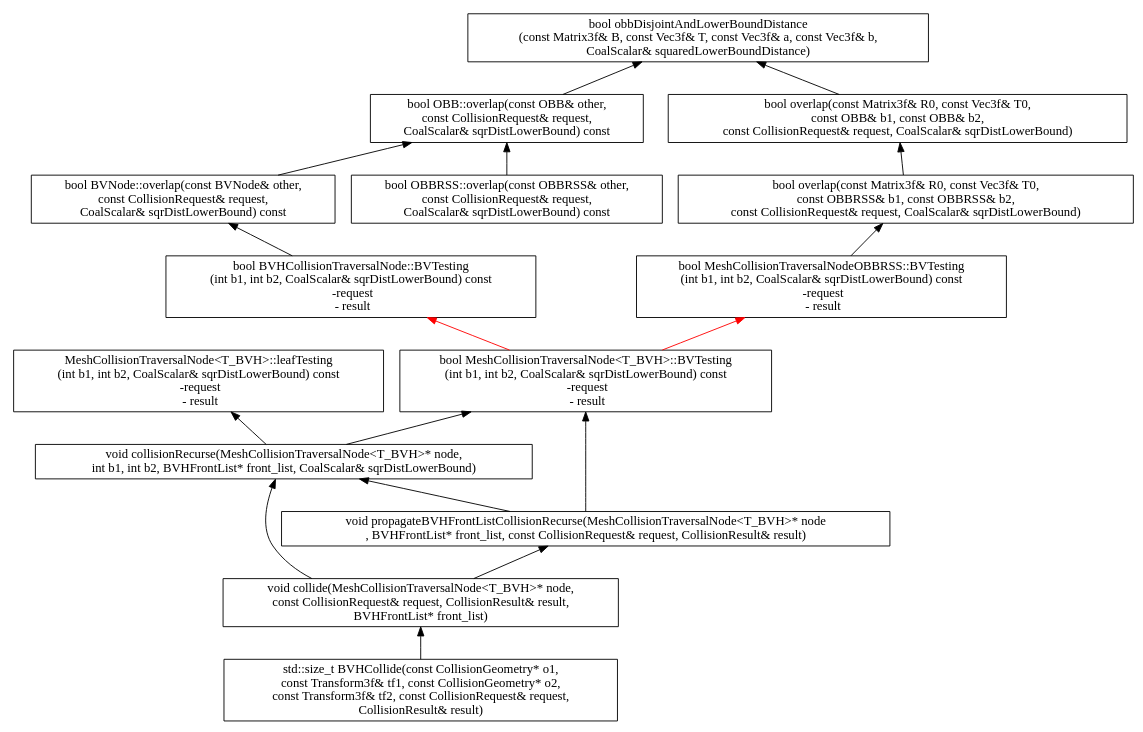
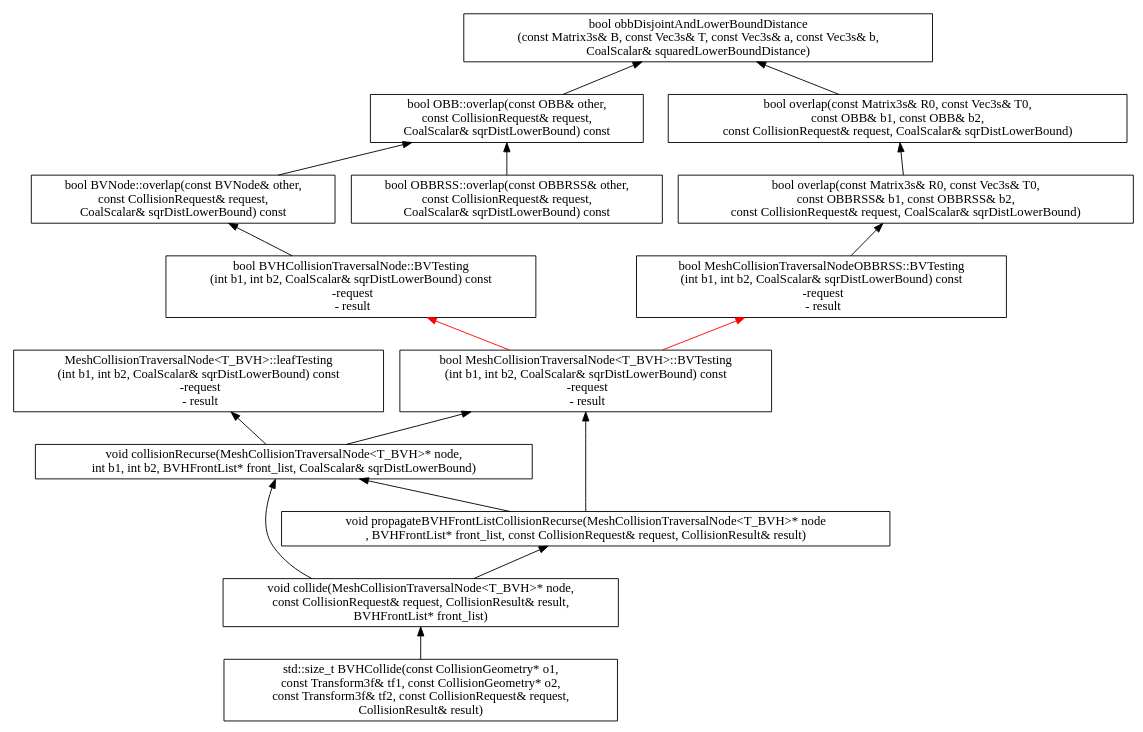
Before and after one commit to humanoid-path-planner/hpp-fcl: the diagram in doc/mesh-mesh-collision-call.dot, drawn with Graphviz. The commit also changed 155 other files, not shown here.

First line of the commit message:
all: rename `Matrix/Vec[..]f` typedefs to `Matrix/Vec[...]s`

```diff
--- a/doc/mesh-mesh-collision-call.dot
+++ b/doc/mesh-mesh-collision-call.dot
@@ -1,38 +1,38 @@
 digraph CD  {
 
 	rankdir = BT
 	compound=true
         size = 11.7
 
         "std::size_t BVHCollide(const CollisionGeometry* o1,\nconst Transform3f& tf1, const CollisionGeometry* o2,\nconst Transform3f& tf2, const CollisionRequest& request,\nCollisionResult& result)" [shape = box]
         "bool OBB::overlap(const OBB& other,\nconst CollisionRequest& request,\nCoalScalar& sqrDistLowerBound) const" [shape = box]
         "bool OBBRSS::overlap(const OBBRSS& other,\nconst CollisionRequest& request,\nCoalScalar& sqrDistLowerBound) const" [shape = box]
-        "bool overlap(const Matrix3f& R0, const Vec3f& T0,\n const OBB& b1, const OBB& b2,\n const CollisionRequest& request, CoalScalar& sqrDistLowerBound)" [shape = box]
-        "bool overlap(const Matrix3f& R0, const Vec3f& T0,\n const OBBRSS& b1, const OBBRSS& b2,\nconst CollisionRequest& request, CoalScalar& sqrDistLowerBound)" [shape = box]
+        "bool overlap(const Matrix3s& R0, const Vec3s& T0,\n const OBB& b1, const OBB& b2,\n const CollisionRequest& request, CoalScalar& sqrDistLowerBound)" [shape = box]
+        "bool overlap(const Matrix3s& R0, const Vec3s& T0,\n const OBBRSS& b1, const OBBRSS& b2,\nconst CollisionRequest& request, CoalScalar& sqrDistLowerBound)" [shape = box]
         "bool BVNode::overlap(const BVNode& other,\nconst CollisionRequest& request,\nCoalScalar& sqrDistLowerBound) const" [shape = box]
         "bool BVHCollisionTraversalNode::BVTesting\n(int b1, int b2, CoalScalar& sqrDistLowerBound) const\n  -request\n  - result" [shape = box]
         "bool MeshCollisionTraversalNode<T_BVH>::BVTesting\n(int b1, int b2, CoalScalar& sqrDistLowerBound) const\n  -request\n  - result" [shape = box]
         "void collide(MeshCollisionTraversalNode<T_BVH>* node,\n const CollisionRequest& request, CollisionResult& result,\nBVHFrontList* front_list)" [shape = box]
         "void collisionRecurse(MeshCollisionTraversalNode<T_BVH>* node,\n int b1, int b2, BVHFrontList* front_list, CoalScalar& sqrDistLowerBound)" [shape = box]
         "void propagateBVHFrontListCollisionRecurse(MeshCollisionTraversalNode<T_BVH>* node\n, BVHFrontList* front_list, const CollisionRequest& request, CollisionResult& result)" [shape = box]
         "bool MeshCollisionTraversalNodeOBBRSS::BVTesting\n(int b1, int b2, CoalScalar& sqrDistLowerBound) const\n  -request\n  - result" [shape = box]
         "MeshCollisionTraversalNode<T_BVH>::leafTesting\n(int b1, int b2, CoalScalar& sqrDistLowerBound) const\n  -request\n  - result" [shape = box]
-        "bool obbDisjointAndLowerBoundDistance\n(const Matrix3f& B, const Vec3f& T, const Vec3f& a, const Vec3f& b,\n CoalScalar& squaredLowerBoundDistance)" [shape = box]
+        "bool obbDisjointAndLowerBoundDistance\n(const Matrix3s& B, const Vec3s& T, const Vec3s& a, const Vec3s& b,\n CoalScalar& squaredLowerBoundDistance)" [shape = box]
 
          "std::size_t BVHCollide(const CollisionGeometry* o1,\nconst Transform3f& tf1, const CollisionGeometry* o2,\nconst Transform3f& tf2, const CollisionRequest& request,\nCollisionResult& result)" -> "void collide(MeshCollisionTraversalNode<T_BVH>* node,\n const CollisionRequest& request, CollisionResult& result,\nBVHFrontList* front_list)"
-        "bool OBB::overlap(const OBB& other,\nconst CollisionRequest& request,\nCoalScalar& sqrDistLowerBound) const" -> "bool obbDisjointAndLowerBoundDistance\n(const Matrix3f& B, const Vec3f& T, const Vec3f& a, const Vec3f& b,\n CoalScalar& squaredLowerBoundDistance)"
-        "bool overlap(const Matrix3f& R0, const Vec3f& T0,\n const OBB& b1, const OBB& b2,\n const CollisionRequest& request, CoalScalar& sqrDistLowerBound)" -> "bool obbDisjointAndLowerBoundDistance\n(const Matrix3f& B, const Vec3f& T, const Vec3f& a, const Vec3f& b,\n CoalScalar& squaredLowerBoundDistance)"
-        "bool overlap(const Matrix3f& R0, const Vec3f& T0,\n const OBBRSS& b1, const OBBRSS& b2,\nconst CollisionRequest& request, CoalScalar& sqrDistLowerBound)" -> "bool overlap(const Matrix3f& R0, const Vec3f& T0,\n const OBB& b1, const OBB& b2,\n const CollisionRequest& request, CoalScalar& sqrDistLowerBound)"
+        "bool OBB::overlap(const OBB& other,\nconst CollisionRequest& request,\nCoalScalar& sqrDistLowerBound) const" -> "bool obbDisjointAndLowerBoundDistance\n(const Matrix3s& B, const Vec3s& T, const Vec3s& a, const Vec3s& b,\n CoalScalar& squaredLowerBoundDistance)"
+        "bool overlap(const Matrix3s& R0, const Vec3s& T0,\n const OBB& b1, const OBB& b2,\n const CollisionRequest& request, CoalScalar& sqrDistLowerBound)" -> "bool obbDisjointAndLowerBoundDistance\n(const Matrix3s& B, const Vec3s& T, const Vec3s& a, const Vec3s& b,\n CoalScalar& squaredLowerBoundDistance)"
+        "bool overlap(const Matrix3s& R0, const Vec3s& T0,\n const OBBRSS& b1, const OBBRSS& b2,\nconst CollisionRequest& request, CoalScalar& sqrDistLowerBound)" -> "bool overlap(const Matrix3s& R0, const Vec3s& T0,\n const OBB& b1, const OBB& b2,\n const CollisionRequest& request, CoalScalar& sqrDistLowerBound)"
         "void collide(MeshCollisionTraversalNode<T_BVH>* node,\n const CollisionRequest& request, CollisionResult& result,\nBVHFrontList* front_list)"-> "void propagateBVHFrontListCollisionRecurse(MeshCollisionTraversalNode<T_BVH>* node\n, BVHFrontList* front_list, const CollisionRequest& request, CollisionResult& result)"
         "void collide(MeshCollisionTraversalNode<T_BVH>* node,\n const CollisionRequest& request, CollisionResult& result,\nBVHFrontList* front_list)" -> "void collisionRecurse(MeshCollisionTraversalNode<T_BVH>* node,\n int b1, int b2, BVHFrontList* front_list, CoalScalar& sqrDistLowerBound)"
         "void collisionRecurse(MeshCollisionTraversalNode<T_BVH>* node,\n int b1, int b2, BVHFrontList* front_list, CoalScalar& sqrDistLowerBound)" -> "bool MeshCollisionTraversalNode<T_BVH>::BVTesting\n(int b1, int b2, CoalScalar& sqrDistLowerBound) const\n  -request\n  - result"
         "void collisionRecurse(MeshCollisionTraversalNode<T_BVH>* node,\n int b1, int b2, BVHFrontList* front_list, CoalScalar& sqrDistLowerBound)" -> "MeshCollisionTraversalNode<T_BVH>::leafTesting\n(int b1, int b2, CoalScalar& sqrDistLowerBound) const\n  -request\n  - result"
         "void propagateBVHFrontListCollisionRecurse(MeshCollisionTraversalNode<T_BVH>* node\n, BVHFrontList* front_list, const CollisionRequest& request, CollisionResult& result)" -> "void collisionRecurse(MeshCollisionTraversalNode<T_BVH>* node,\n int b1, int b2, BVHFrontList* front_list, CoalScalar& sqrDistLowerBound)"
         "void propagateBVHFrontListCollisionRecurse(MeshCollisionTraversalNode<T_BVH>* node\n, BVHFrontList* front_list, const CollisionRequest& request, CollisionResult& result)" -> "bool MeshCollisionTraversalNode<T_BVH>::BVTesting\n(int b1, int b2, CoalScalar& sqrDistLowerBound) const\n  -request\n  - result"
-"bool MeshCollisionTraversalNodeOBBRSS::BVTesting\n(int b1, int b2, CoalScalar& sqrDistLowerBound) const\n  -request\n  - result" -> "bool overlap(const Matrix3f& R0, const Vec3f& T0,\n const OBBRSS& b1, const OBBRSS& b2,\nconst CollisionRequest& request, CoalScalar& sqrDistLowerBound)"
+"bool MeshCollisionTraversalNodeOBBRSS::BVTesting\n(int b1, int b2, CoalScalar& sqrDistLowerBound) const\n  -request\n  - result" -> "bool overlap(const Matrix3s& R0, const Vec3s& T0,\n const OBBRSS& b1, const OBBRSS& b2,\nconst CollisionRequest& request, CoalScalar& sqrDistLowerBound)"
       "bool MeshCollisionTraversalNode<T_BVH>::BVTesting\n(int b1, int b2, CoalScalar& sqrDistLowerBound) const\n  -request\n  - result" -> "bool MeshCollisionTraversalNodeOBBRSS::BVTesting\n(int b1, int b2, CoalScalar& sqrDistLowerBound) const\n  -request\n  - result" [color=red]
       "bool MeshCollisionTraversalNode<T_BVH>::BVTesting\n(int b1, int b2, CoalScalar& sqrDistLowerBound) const\n  -request\n  - result" -> "bool BVHCollisionTraversalNode::BVTesting\n(int b1, int b2, CoalScalar& sqrDistLowerBound) const\n  -request\n  - result" [color = red]
       "bool OBBRSS::overlap(const OBBRSS& other,\nconst CollisionRequest& request,\nCoalScalar& sqrDistLowerBound) const" -> "bool OBB::overlap(const OBB& other,\nconst CollisionRequest& request,\nCoalScalar& sqrDistLowerBound) const"
       "bool BVNode::overlap(const BVNode& other,\nconst CollisionRequest& request,\nCoalScalar& sqrDistLowerBound) const" -> "bool OBB::overlap(const OBB& other,\nconst CollisionRequest& request,\nCoalScalar& sqrDistLowerBound) const"
       "bool BVHCollisionTraversalNode::BVTesting\n(int b1, int b2, CoalScalar& sqrDistLowerBound) const\n  -request\n  - result" -> "bool BVNode::overlap(const BVNode& other,\nconst CollisionRequest& request,\nCoalScalar& sqrDistLowerBound) const"
 }
```
